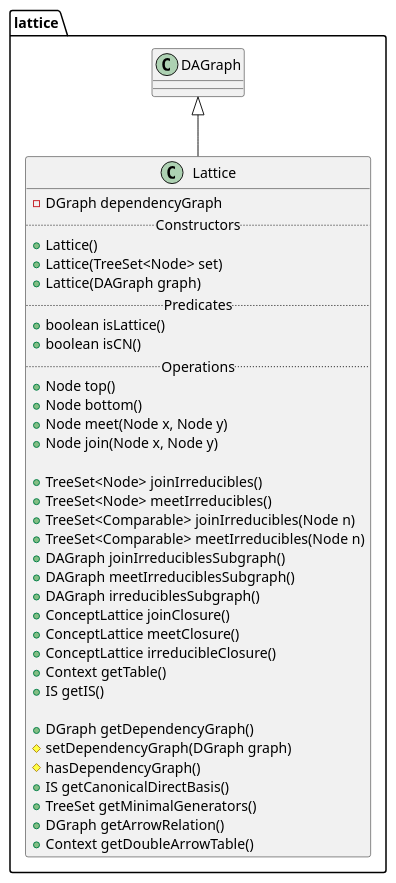
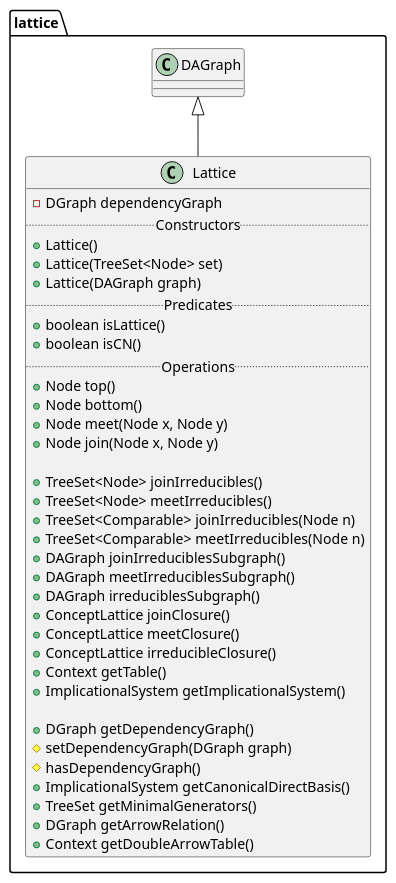
The diagram in src/lattice/Lattice.iuml (thegalactic/java-lattices), drawn with PlantUML before and after one commit. The commit also changed 32 other files, not shown here.

Commit message:
Implement abstract writer pattern for Context and ImplicationalSystem

```diff
--- a/src/lattice/Lattice.iuml
+++ b/src/lattice/Lattice.iuml
@@ -1,40 +1,40 @@
 package lattice {
     class Lattice {
         -DGraph dependencyGraph
         .. Constructors ..
         +Lattice()
         +Lattice(TreeSet<Node> set)
         +Lattice(DAGraph graph)
         .. Predicates ..
         +boolean isLattice()
         +boolean isCN() 
         .. Operations ..
         +Node top()
         +Node bottom()
         +Node meet(Node x, Node y)
         +Node join(Node x, Node y)
 
         +TreeSet<Node> joinIrreducibles()
         +TreeSet<Node> meetIrreducibles()
         +TreeSet<Comparable> joinIrreducibles(Node n)
         +TreeSet<Comparable> meetIrreducibles(Node n)
         +DAGraph joinIrreduciblesSubgraph()
         +DAGraph meetIrreduciblesSubgraph()
         +DAGraph irreduciblesSubgraph()
         +ConceptLattice joinClosure()
         +ConceptLattice meetClosure()
         +ConceptLattice irreducibleClosure()
         +Context getTable()
-        +IS getIS()
+        +ImplicationalSystem getImplicationalSystem()
 
         +DGraph getDependencyGraph()
         #setDependencyGraph(DGraph graph)
         #hasDependencyGraph()
-        +IS getCanonicalDirectBasis()
+        +ImplicationalSystem getCanonicalDirectBasis()
         +TreeSet getMinimalGenerators()
         +DGraph getArrowRelation()
         +Context getDoubleArrowTable()
     }
 
     DAGraph <|-- Lattice
 }
```
